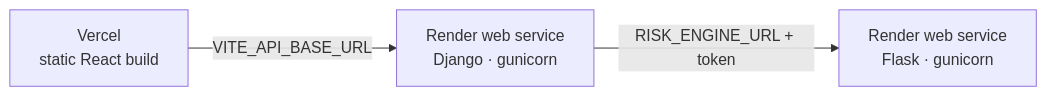
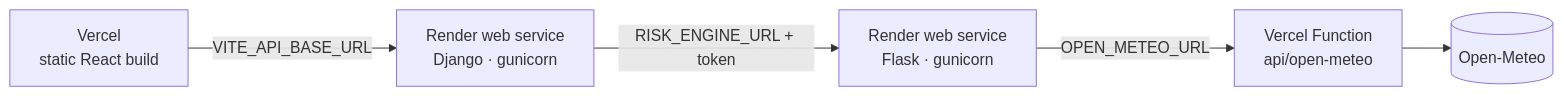
The third of 3 diagrams in docs/architecture.md (devansh9-design/Truck-Flow), drawn with Mermaid before and after one commit. The commit also changed other lines of this file and 6 other files, not shown here.

First line of the commit message:
Docs: live deployment, Open-Meteo relay (ADR 015), Loom script

````diff
--- a/docs/architecture.md
+++ b/docs/architecture.md
@@ -145,5 +145,7 @@
 ```mermaid
 flowchart LR
     V[Vercel<br/>static React build] -->|VITE_API_BASE_URL| DJ[Render web service<br/>Django · gunicorn]
     DJ -->|RISK_ENGINE_URL + token| FL[Render web service<br/>Flask · gunicorn]
+    FL -->|OPEN_METEO_URL| RL[Vercel Function<br/>api/open-meteo]
+    RL --> OM[(Open-Meteo)]
 ```
````
